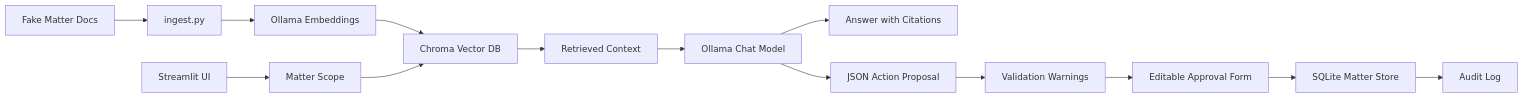
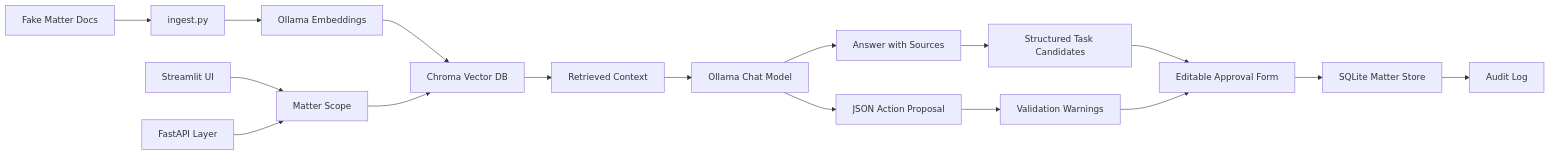
Before and after one commit to GCdominguez/mini-lois-caseops: the diagram in README.md, drawn with Mermaid. The commit also changed other lines of this file, not shown here.

Commit message:
Update README with API and PM artifacts

````diff
--- a/README.md
+++ b/README.md
@@ -30,16 +44,19 @@
 ```mermaid
 flowchart LR
     A[Fake Matter Docs] --> B[ingest.py]
     B --> C[Ollama Embeddings]
     C --> D[Chroma Vector DB]
     E[Streamlit UI] --> F[Matter Scope]
+    API[FastAPI Layer] --> F
     F --> D
     D --> G[Retrieved Context]
     G --> H[Ollama Chat Model]
-    H --> I[Answer with Citations]
+    H --> I[Answer with Sources]
+    I --> TC[Structured Task Candidates]
     H --> J[JSON Action Proposal]
     J --> K[Validation Warnings]
-    K --> L[Editable Approval Form]
+    TC --> L[Editable Approval Form]
+    K --> L
     L --> M[SQLite Matter Store]
     M --> N[Audit Log]
 ```
````
